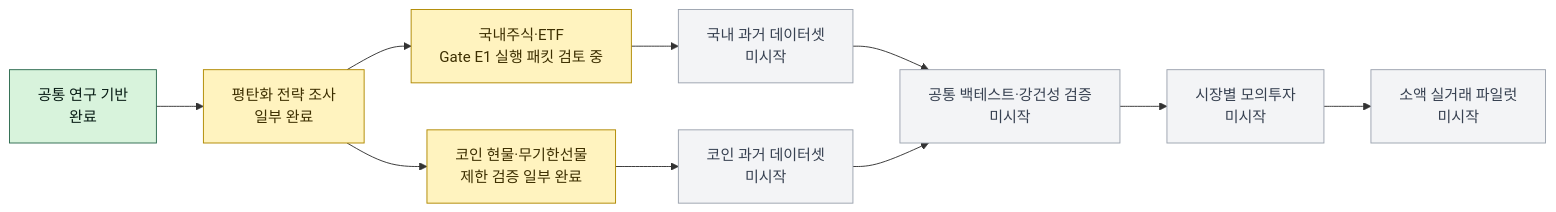
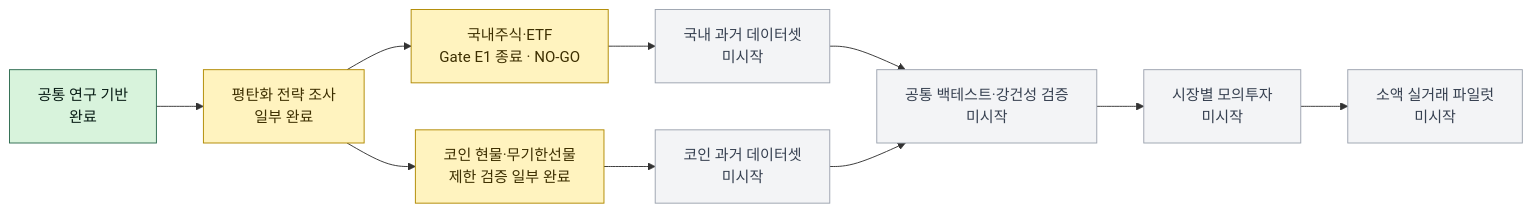
Before and after one commit to jhg6636/autotrade-lab: the diagram in README.md, drawn with Mermaid. The commit also changed other lines of this file and 3 other files, not shown here.

````diff
--- a/README.md
+++ b/README.md
@@ -18,22 +18,22 @@
 ```mermaid
 flowchart LR
     A["공통 연구 기반<br/>완료"] --> B["평탄화 전략 조사<br/>일부 완료"]
-    B --> K["국내주식·ETF<br/>Gate E1 실행 패킷 검토 중"]
+    B --> K["국내주식·ETF<br/>Gate E1 종료 · NO-GO"]
     B --> C["코인 현물·무기한선물<br/>제한 검증 일부 완료"]
     K --> KD["국내 과거 데이터셋<br/>미시작"]
     C --> CD["코인 과거 데이터셋<br/>미시작"]
     KD --> V["공통 백테스트·강건성 검증<br/>미시작"]
     CD --> V
     V --> P["시장별 모의투자<br/>미시작"]
     P --> L["소액 실거래 파일럿<br/>미시작"]
 
     classDef done fill:#d8f3dc,stroke:#2d6a4f,color:#081c15;
     classDef partial fill:#fff3bf,stroke:#b08900,color:#3d2f00;
     classDef current fill:#dbeafe,stroke:#2563eb,color:#172554,stroke-width:3px;
     classDef future fill:#f3f4f6,stroke:#9ca3af,color:#374151;
     class A done;
     class B partial;
     class C partial;
     class K partial;
     class KD,CD,V,P,L future;
 ```
````
